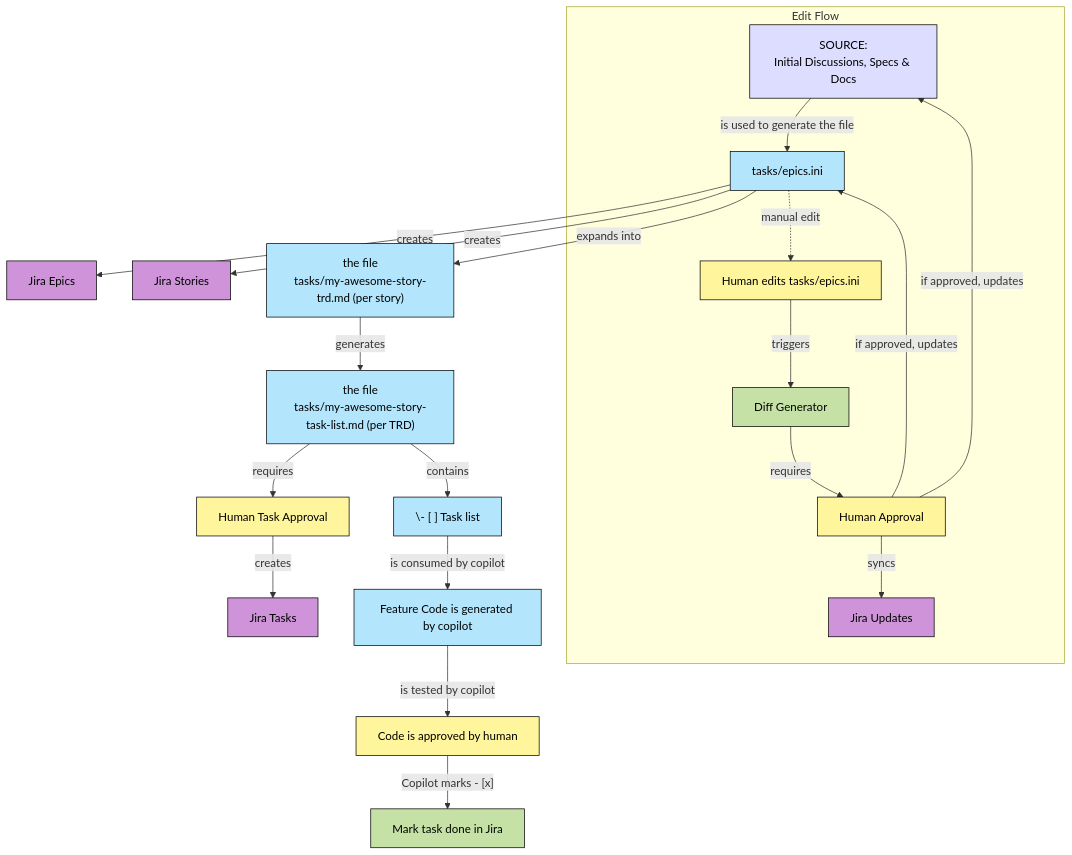
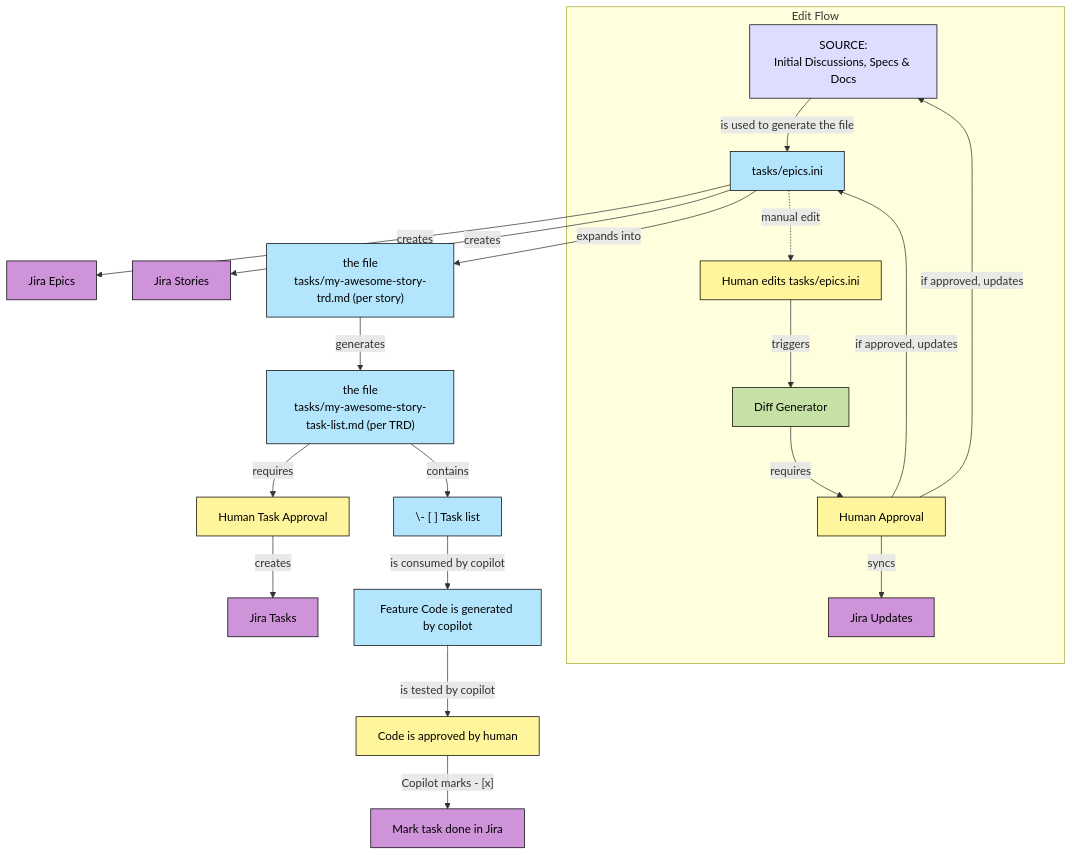
Before and after one commit to divamidesignlabs/ai-daksh: the diagram in docs/specifications/technical/happy-flow.md, drawn with Mermaid. The commit also changed 6 other files, not shown here.

````diff
--- a/docs/specifications/technical/happy-flow.md
+++ b/docs/specifications/technical/happy-flow.md
@@ -3,33 +3,32 @@
 ```mermaid
 flowchart TD
-
   A["SOURCE:<br>Initial Discussions, Specs & Docs"]:::input -->|is used to generate the file| B["tasks/epics.ini"]:::artifact
   click B "../../../implementation/agents/epic-creator/" "View Epic Creator Doc"
   B -->|creates| JIRA_EPICS["Jira Epics"]:::external
   B -->|creates| JIRA_STORIES["Jira Stories"]:::external
 
   B -->|expands into| C["the file<br>tasks/my-awesome-story-trd.md (per story)"]:::artifact
   C -->|generates| D["the file<br>tasks/my-awesome-story-task-list.md (per TRD)"]:::artifact
   D -->|requires| TASK_APPROVAL["Human Task Approval"]:::manual
   TASK_APPROVAL -->|creates| JIRA_TASKS["Jira Tasks"]:::external
 
   D -->|contains| TASK_CHECKBOXES["\- [ ] Task list"]:::artifact
   TASK_CHECKBOXES -->|is consumed by copilot| CODE["Feature Code is generated by copilot"]:::artifact
   CODE -->|is tested by copilot| CODE_APPROVED["Code is approved by human"]:::manual
-  CODE_APPROVED -->|"Copilot marks - [x]"| JIRA_DONE["Mark task done in Jira"]:::logic
+  CODE_APPROVED -->|"Copilot marks - [x]"| JIRA_DONE["Mark task done in Jira"]:::external
 
   subgraph Edit Flow
     B -.->|manual edit| EDIT_UI["Human edits tasks/epics.ini"]:::manual
     EDIT_UI -->|triggers| DIFF["Diff Generator"]:::logic
     DIFF -->|requires| APPROVAL["Human Approval"]:::manual
     APPROVAL -->|if approved, updates| B
     APPROVAL -->|if approved, updates| A
     APPROVAL -->|syncs| JIRA_UPDATES["Jira Updates"]:::external
   end
 
   classDef input fill:#DDF,stroke:#000,color:#000;
   classDef artifact fill:#B3E5FC,stroke:#000,color:#000;
   classDef manual fill:#FFF59D,stroke:#000,color:#000;
   classDef logic fill:#C5E1A5,stroke:#000,color:#000;
   classDef external fill:#CE93D8,stroke:#000,color:#000;
 ```
````
